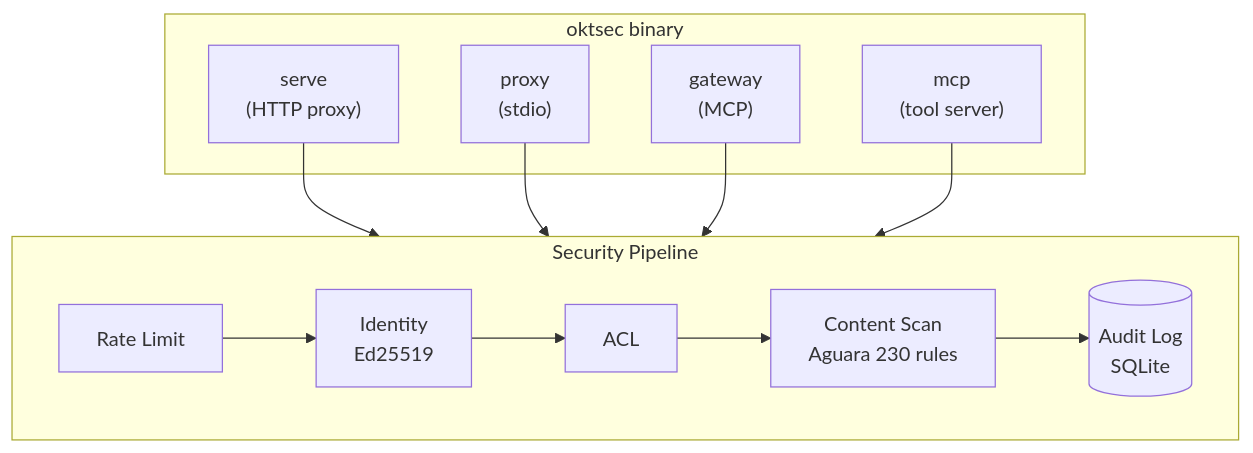
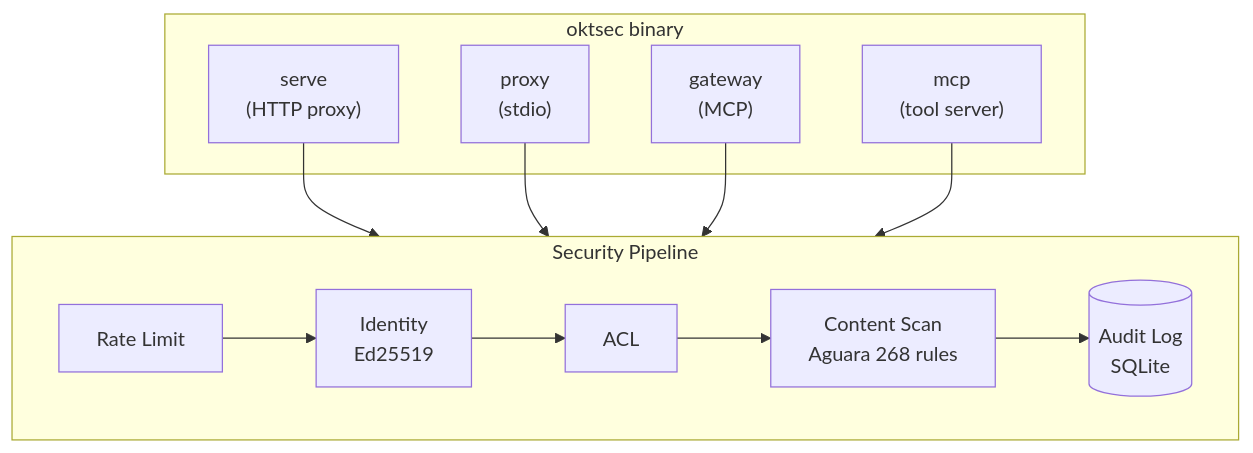
The first of 6 diagrams in documentation/architecture.md (oktsec/oktsec), drawn with Mermaid before and after one commit. The commit also changed other lines of this file and 19 other files, not shown here.

````diff
--- a/documentation/architecture.md
+++ b/documentation/architecture.md
@@ -7,22 +7,22 @@
 ```mermaid
 graph TB
     subgraph "oktsec binary"
         serve["serve<br>(HTTP proxy)"]
         proxy["proxy<br>(stdio)"]
         gateway["gateway<br>(MCP)"]
         mcp["mcp<br>(tool server)"]
     end
 
     serve --> pipeline
     proxy --> pipeline
     gateway --> pipeline
     mcp --> pipeline
 
     subgraph pipeline["Security Pipeline"]
         direction LR
         rl[Rate Limit] --> id[Identity<br>Ed25519]
         id --> acl[ACL]
-        acl --> scan[Content Scan<br>Aguara 230 rules]
+        acl --> scan[Content Scan<br>Aguara 268 rules]
         scan --> audit[(Audit Log<br>SQLite)]
     end
 ```
````
